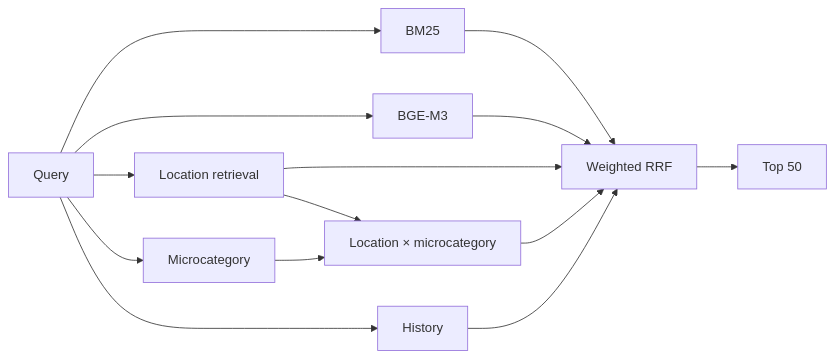
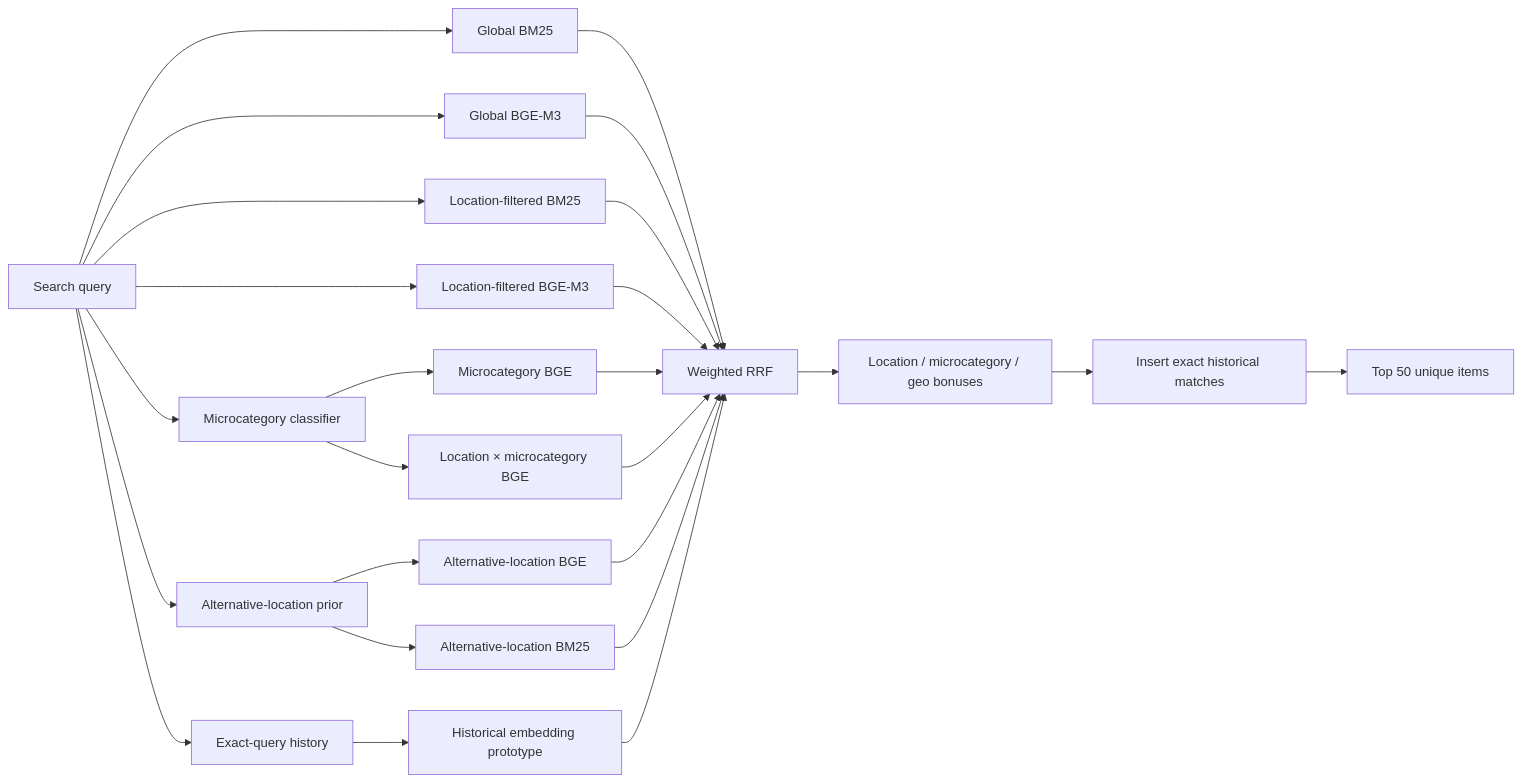
One commit to Davidkaaa33/avito-ds-bootcamp-2026-solution changed the diagram in README.md. Above: the diagram before and after it, drawn with Mermaid. The commit also changed other lines of this file, not shown here.

Commit message:
docs: expand candidate retrieval case study and workflow

````diff
--- a/README.md
+++ b/README.md
@@ -17,19 +73,32 @@
 ```mermaid
 flowchart LR
-    Q[Query] --> BM[BM25]
-    Q --> BG[BGE-M3]
-    Q --> GEO[Location retrieval]
-    Q --> MC[Microcategory]
-    Q --> H[History]
+    Q[Search query] --> BMG[Global BM25]
+    Q --> BG[Global BGE-M3]
+    Q --> LBM[Location-filtered BM25]
+    Q --> LBG[Location-filtered BGE-M3]
+    Q --> MC[Microcategory classifier]
+    Q --> HIST[Exact-query history]
 
-    GEO --> X[Location × microcategory]
-    MC --> X
+    MC --> MCBGE[Microcategory BGE]
+    MC --> JOINT[Location × microcategory BGE]
 
-    BM --> RRF[Weighted RRF]
+    HIST --> HP[Historical embedding prototype]
+
+    Q --> GEO[Alternative-location prior]
+    GEO --> AGB[Alternative-location BGE]
+    GEO --> AGBM[Alternative-location BM25]
+
+    BMG --> RRF[Weighted RRF]
     BG --> RRF
-    GEO --> RRF
-    X --> RRF
-    H --> RRF
+    LBM --> RRF
+    LBG --> RRF
+    MCBGE --> RRF
+    JOINT --> RRF
+    AGB --> RRF
+    AGBM --> RRF
+    HP --> RRF
 
-    RRF --> TOP[Top 50]
+    RRF --> BONUS[Location / microcategory / geo bonuses]
+    BONUS --> HINS[Insert exact historical matches]
+    HINS --> TOP[Top 50 unique items]
 ```
````
